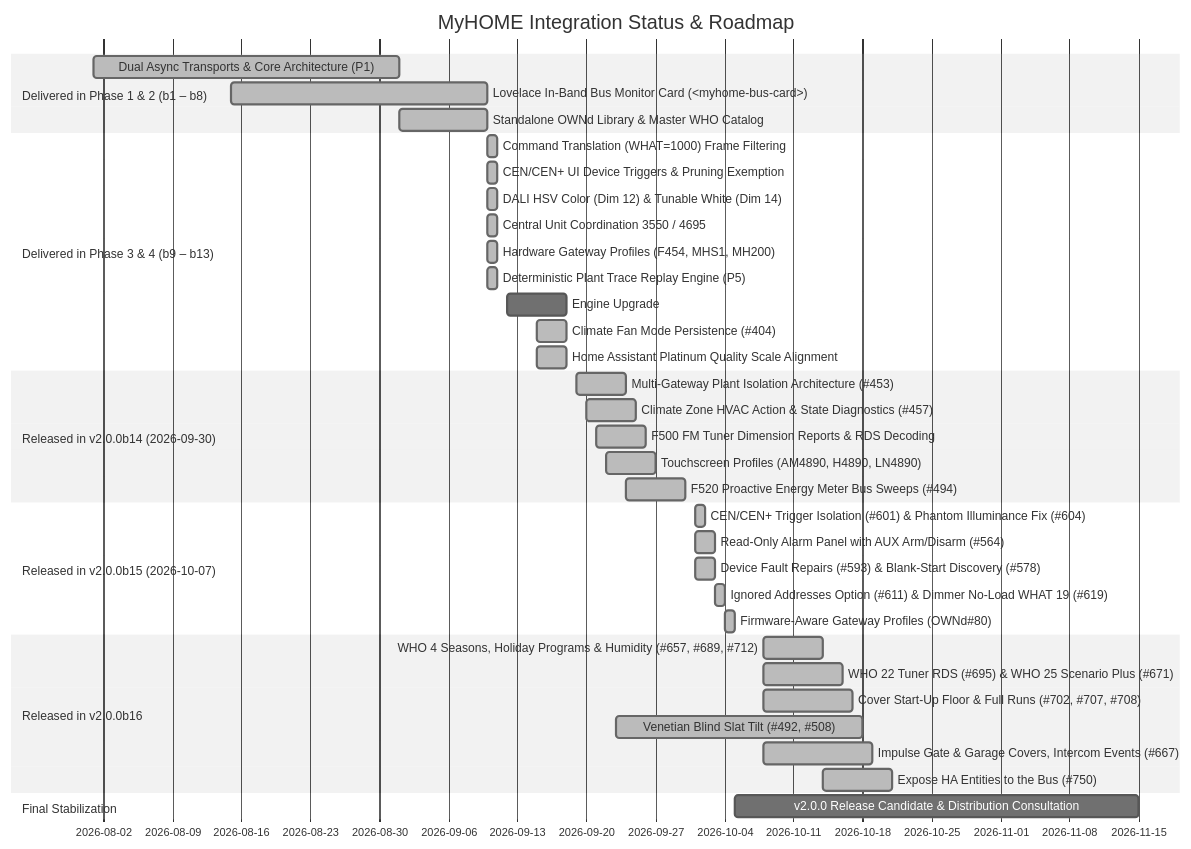
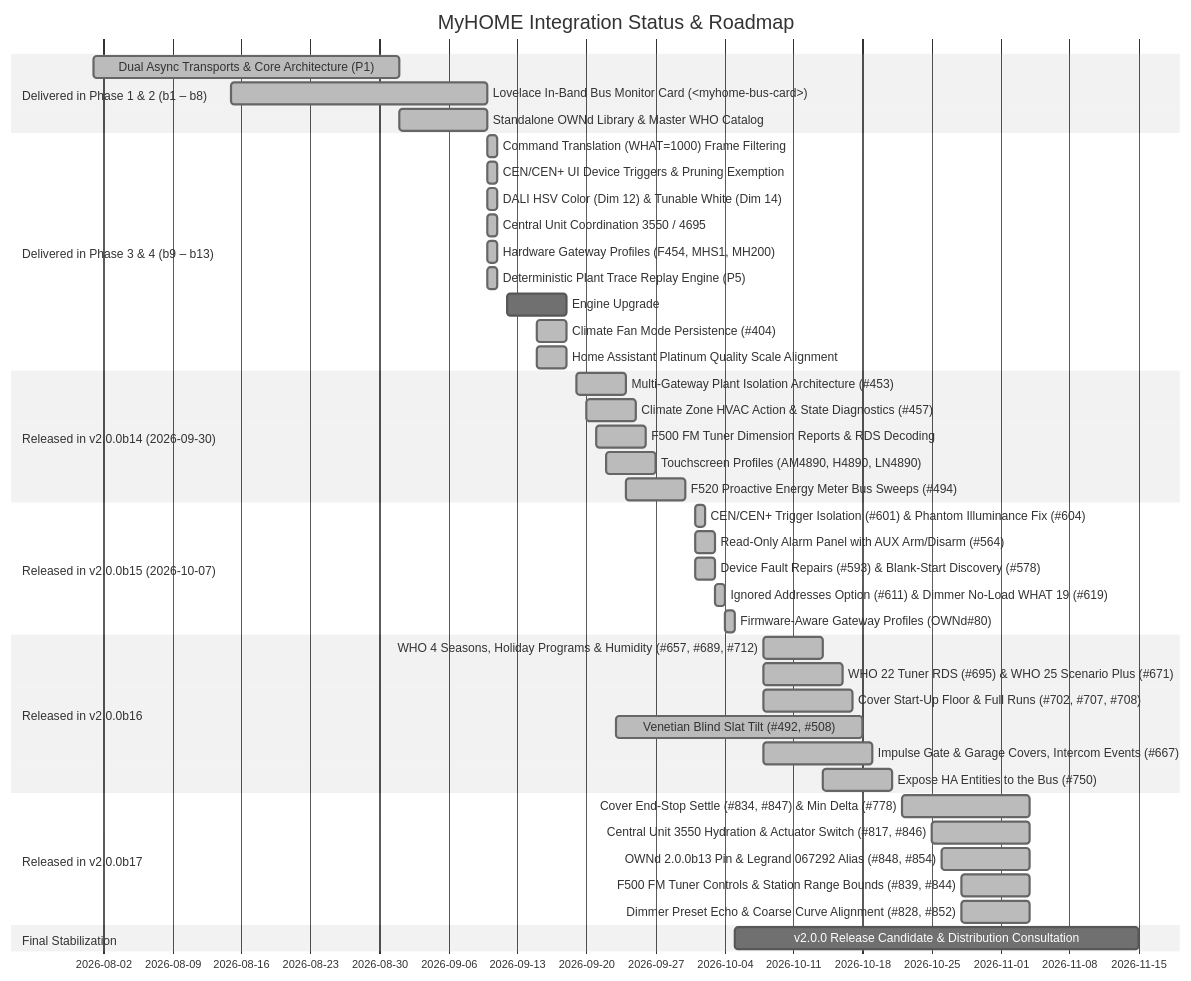
The first of 3 diagrams in docs/roadmap.md (OpenWebNet-HA/MyHOME), drawn with Mermaid (neutral theme) before and after one commit. The commit also changed other lines of this file and 13 other files, not shown here.

````diff
--- a/docs/roadmap.md
+++ b/docs/roadmap.md
@@ -17,40 +17,46 @@
 ```mermaid
 gantt
     title MyHOME Integration Status & Roadmap
     dateFormat  YYYY-MM-DD
     section Delivered in Phase 1 & 2 (b1 – b8)
     Dual Async Transports & Core Architecture (P1)   :done, 2026-08-01, 2026-09-01
     Lovelace In-Band Bus Monitor Card (<myhome-bus-card>) :done, 2026-08-15, 2026-09-10
     Standalone OWNd Library & Master WHO Catalog     :done, 2026-09-01, 2026-09-10
     section Delivered in Phase 3 & 4 (b9 – b13)
     Command Translation (WHAT=1000) Frame Filtering   :done, 2026-09-10, 2026-09-11
     CEN/CEN+ UI Device Triggers & Pruning Exemption  :done, 2026-09-10, 2026-09-11
     DALI HSV Color (Dim 12) & Tunable White (Dim 14) :done, 2026-09-10, 2026-09-11
     Central Unit Coordination 3550 / 4695            :done, 2026-09-10, 2026-09-11
     Hardware Gateway Profiles (F454, MHS1, MH200)   :done, 2026-09-10, 2026-09-11
     Deterministic Plant Trace Replay Engine (P5)     :done, 2026-09-10, 2026-09-11
     Engine Upgrade: OWNd 2.0.0b8 (HMAC SHA-1/SHA-256) :done, 2026-09-12, 2026-09-18
     Climate Fan Mode Persistence (#404)              :done, 2026-09-15, 2026-09-18
     Home Assistant Platinum Quality Scale Alignment  :done, 2026-09-15, 2026-09-18
     section Released in v2.0.0b14 (2026-09-30)
     Multi-Gateway Plant Isolation Architecture (#453) :done, 2026-09-19, 2026-09-24
     Climate Zone HVAC Action & State Diagnostics (#457) :done, 2026-09-20, 2026-09-25
     F500 FM Tuner Dimension Reports & RDS Decoding   :done, 2026-09-21, 2026-09-26
     Touchscreen Profiles (AM4890, H4890, LN4890)     :done, 2026-09-22, 2026-09-27
     F520 Proactive Energy Meter Bus Sweeps (#494)    :done, 2026-09-24, 2026-09-30
     section Released in v2.0.0b15 (2026-10-07)
     CEN/CEN+ Trigger Isolation (#601) & Phantom Illuminance Fix (#604) :done, 2026-10-01, 2026-10-02
     Read-Only Alarm Panel with AUX Arm/Disarm (#564)  :done, 2026-10-01, 2026-10-03
     Device Fault Repairs (#593) & Blank-Start Discovery (#578) :done, 2026-10-01, 2026-10-03
     Ignored Addresses Option (#611) & Dimmer No-Load WHAT 19 (#619) :done, 2026-10-03, 2026-10-04
     Firmware-Aware Gateway Profiles (OWNd#80)         :done, 2026-10-04, 2026-10-05
     section Released in v2.0.0b16
     WHO 4 Seasons, Holiday Programs & Humidity (#657, #689, #712) :done, 2026-10-08, 2026-10-14
     WHO 22 Tuner RDS (#695) & WHO 25 Scenario Plus (#671) :done, 2026-10-08, 2026-10-16
     Cover Start-Up Floor & Full Runs (#702, #707, #708) :done, 2026-10-08, 2026-10-17
     Venetian Blind Slat Tilt (#492, #508)             :done, 2026-09-23, 2026-10-18
     Impulse Gate & Garage Covers, Intercom Events (#667) :done, 2026-10-08, 2026-10-19
     Expose HA Entities to the Bus (#750)              :done, 2026-10-14, 2026-10-21
+    section Released in v2.0.0b17
+    Cover End-Stop Settle (#834, #847) & Min Delta (#778) :done, 2026-10-22, 2026-11-04
+    Central Unit 3550 Hydration & Actuator Switch (#817, #846) :done, 2026-10-25, 2026-11-04
+    OWNd 2.0.0b13 Pin & Legrand 067292 Alias (#848, #854) :done, 2026-10-26, 2026-11-04
+    F500 FM Tuner Controls & Station Range Bounds (#839, #844) :done, 2026-10-28, 2026-11-04
+    Dimmer Preset Echo & Coarse Curve Alignment (#828, #852) :done, 2026-10-28, 2026-11-04
     section Final Stabilization
     v2.0.0 Release Candidate & Distribution Consultation :2026-10-05, 2026-11-15
 ```
````
